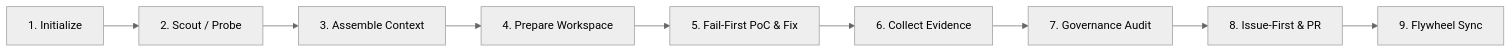
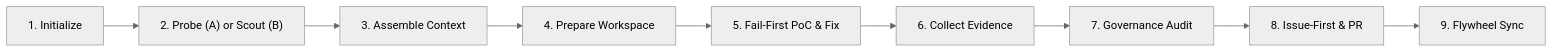
Before and after one commit to MeiSiristhebest/opencontrib: the diagram in skills/opencontrib-cli/SKILL.md, drawn with Mermaid (neutral theme). The commit also changed other lines of this file and 15 other files, not shown here.

````diff
--- a/skills/opencontrib-cli/SKILL.md
+++ b/skills/opencontrib-cli/SKILL.md
@@ -25,11 +25,11 @@
 ```mermaid
 graph LR
-    P1["1. Initialize"] --> P2["2. Scout / Probe"]
+    P1["1. Initialize"] --> P2["2. Probe (A) or Scout (B)"]
     P2 --> P3["3. Assemble Context"]
     P3 --> P4["4. Prepare Workspace"]
     P4 --> P5["5. Fail-First PoC & Fix"]
     P5 --> P6["6. Collect Evidence"]
     P6 --> P7["7. Governance Audit"]
     P7 --> P8["8. Issue-First & PR"]
     P8 --> P9["9. Flywheel Sync"]
 ```
````
